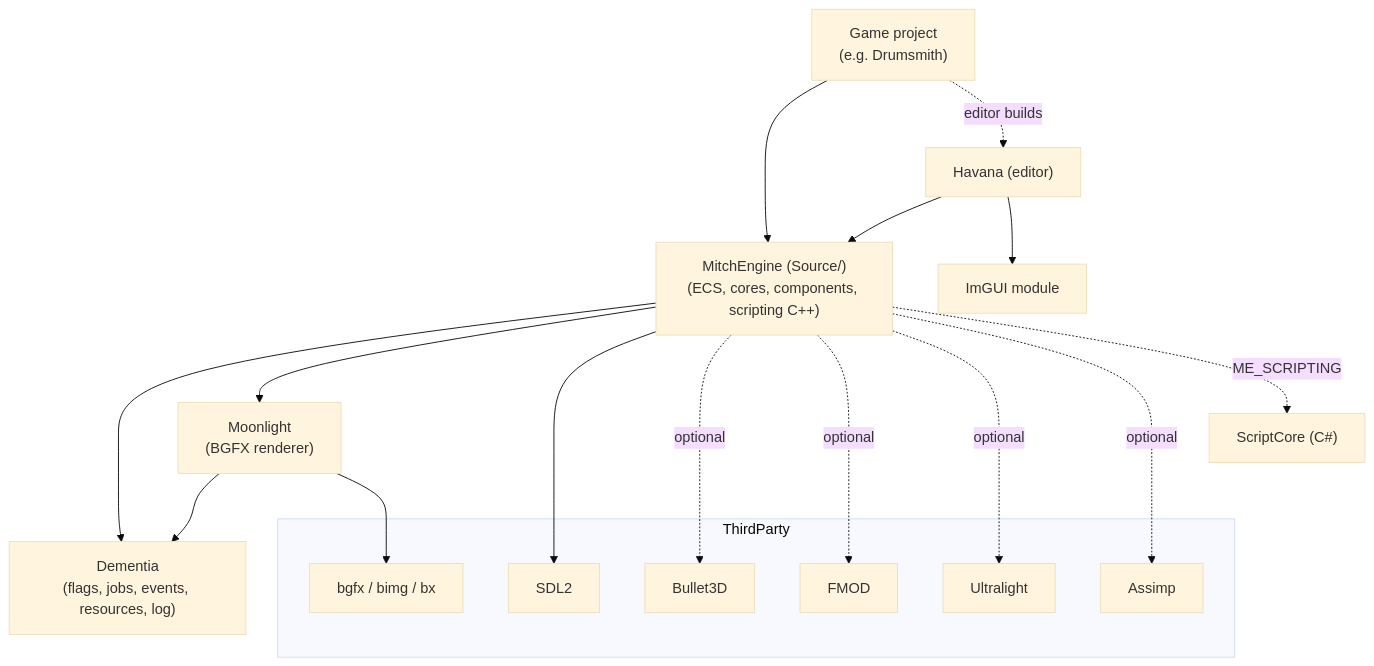
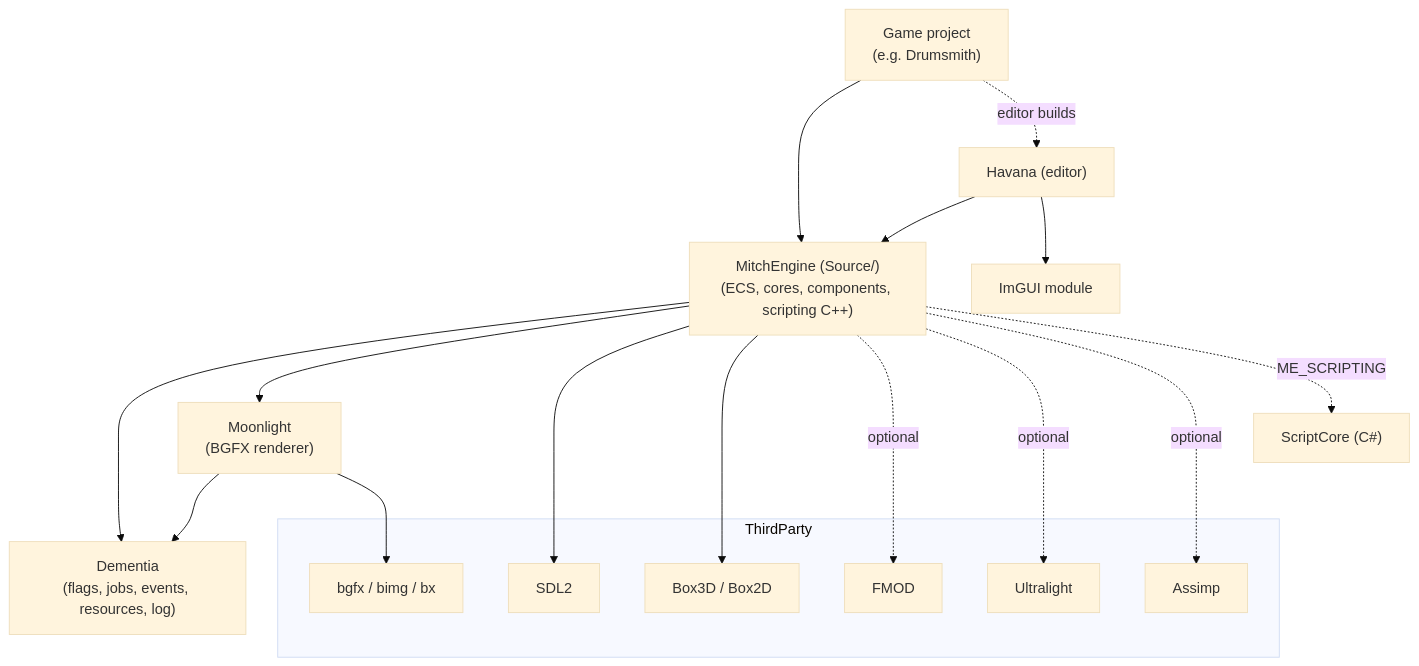
One commit to wobbier/MitchEngine changed the first of 2 diagrams in Docs/Architecture.md. Above: the diagram before and after it, drawn with Mermaid (base theme). The commit also changed other lines of this file and 7 other files, not shown here.

````diff
--- a/Docs/Architecture.md
+++ b/Docs/Architecture.md
@@ -29,33 +29,33 @@
 ```mermaid
 flowchart TD
     subgraph ThirdParty
         BGFX[bgfx / bimg / bx]
         SDL2[SDL2]
-        Bullet[Bullet3D]
+        Box[Box3D / Box2D]
         FMOD[FMOD]
         UL[Ultralight]
         Assimp[Assimp]
     end
     Dementia["Dementia<br/>(flags, jobs, events, resources, log)"]
     Moonlight["Moonlight<br/>(BGFX renderer)"]
     EngineSrc["MitchEngine (Source/)<br/>(ECS, cores, components, scripting C++)"]
     ImGuiMod["ImGUI module"]
     Havana["Havana (editor)"]
     ScriptCore["ScriptCore (C#)"]
     GameProj["Game project<br/>(e.g. Drumsmith)"]
 
     Moonlight --> Dementia
     Moonlight --> BGFX
     EngineSrc --> Dementia
     EngineSrc --> Moonlight
     EngineSrc --> SDL2
-    EngineSrc -.optional.-> Bullet
+    EngineSrc --> Box
     EngineSrc -.optional.-> FMOD
     EngineSrc -.optional.-> UL
     EngineSrc -.optional.-> Assimp
     Havana --> EngineSrc
     Havana --> ImGuiMod
     EngineSrc -.ME_SCRIPTING.-> ScriptCore
     GameProj --> EngineSrc
     GameProj -.editor builds.-> Havana
 ```
````
